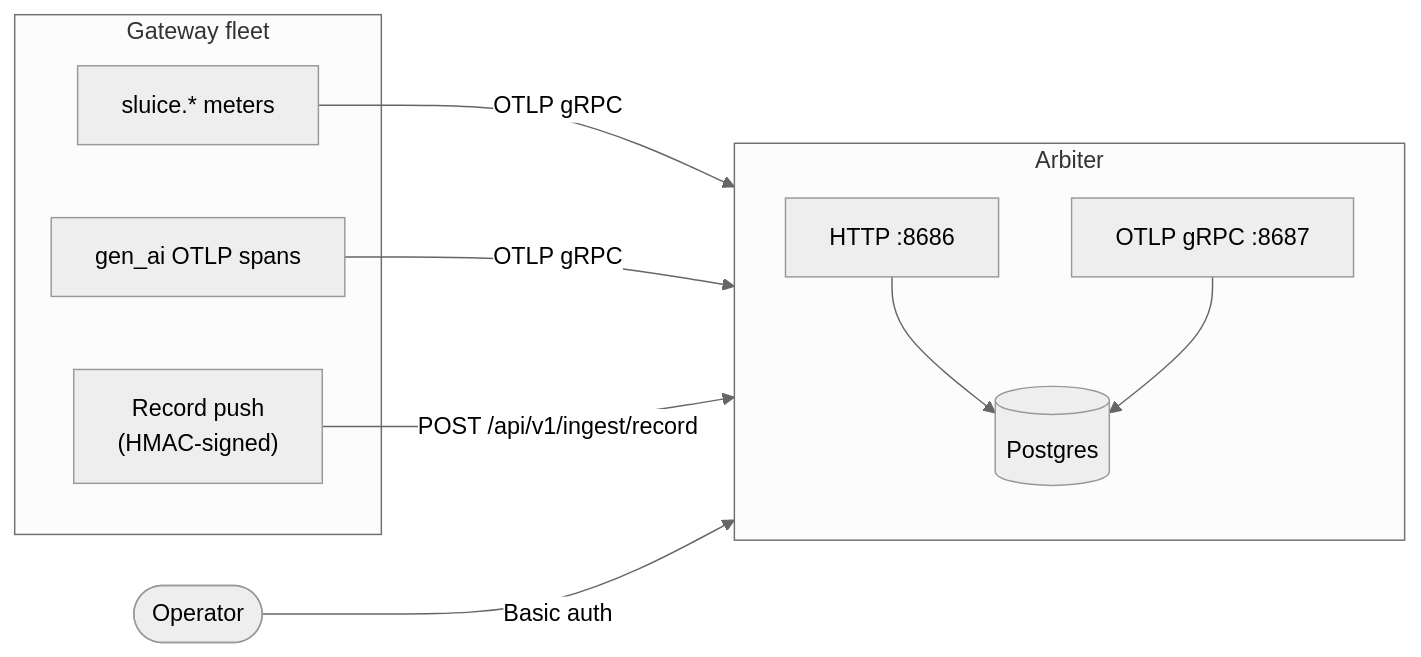
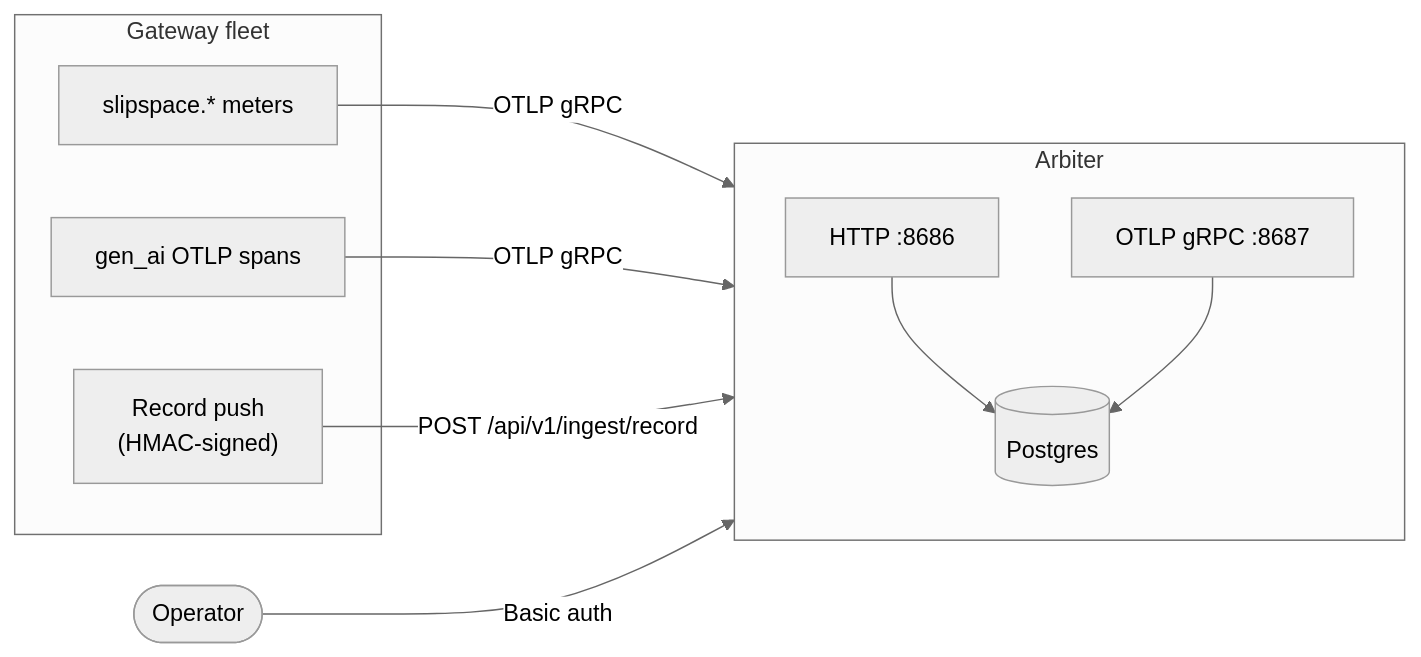
Before and after one commit to andyjmorgan/slipspace-gateway: the diagram in docs/arbiter.md, drawn with Mermaid (neutral theme). The commit also changed other lines of this file and 30 other files, not shown here.

````diff
--- a/docs/arbiter.md
+++ b/docs/arbiter.md
@@ -50,22 +50,22 @@
 ```mermaid
 flowchart LR
     subgraph GW["Gateway fleet"]
-        M["sluice.* meters"]
+        M["slipspace.* meters"]
         S["gen_ai OTLP spans"]
         R["Record push<br/>(HMAC-signed)"]
     end
 
     subgraph TS["Arbiter"]
         direction TB
         H["HTTP :8686"]
         O["OTLP gRPC :8687"]
         PG[("Postgres")]
         H --> PG
         O --> PG
     end
 
     M -->|OTLP gRPC| O
     S -->|OTLP gRPC| O
     R -->|POST /api/v1/ingest/record| H
     OP(["Operator"]) -->|Basic auth| H
 ```
````
